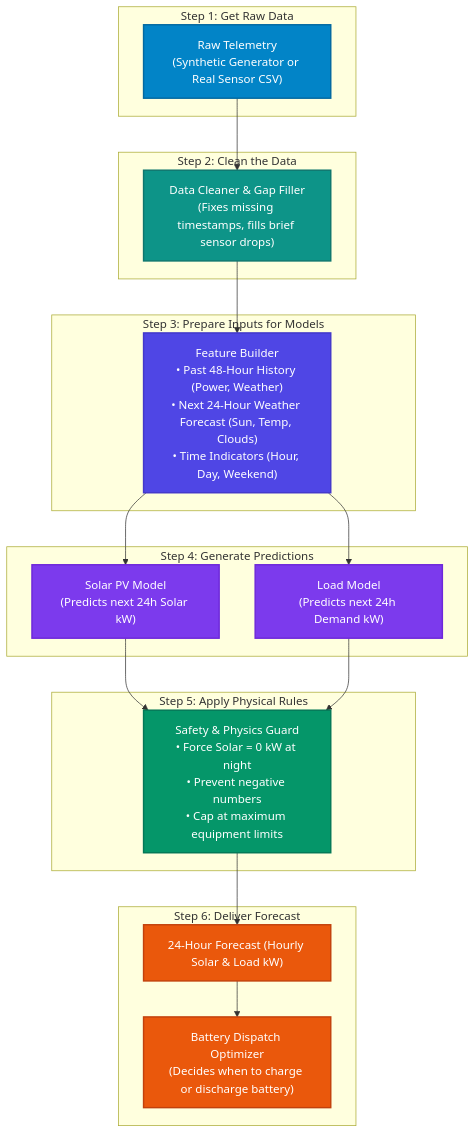
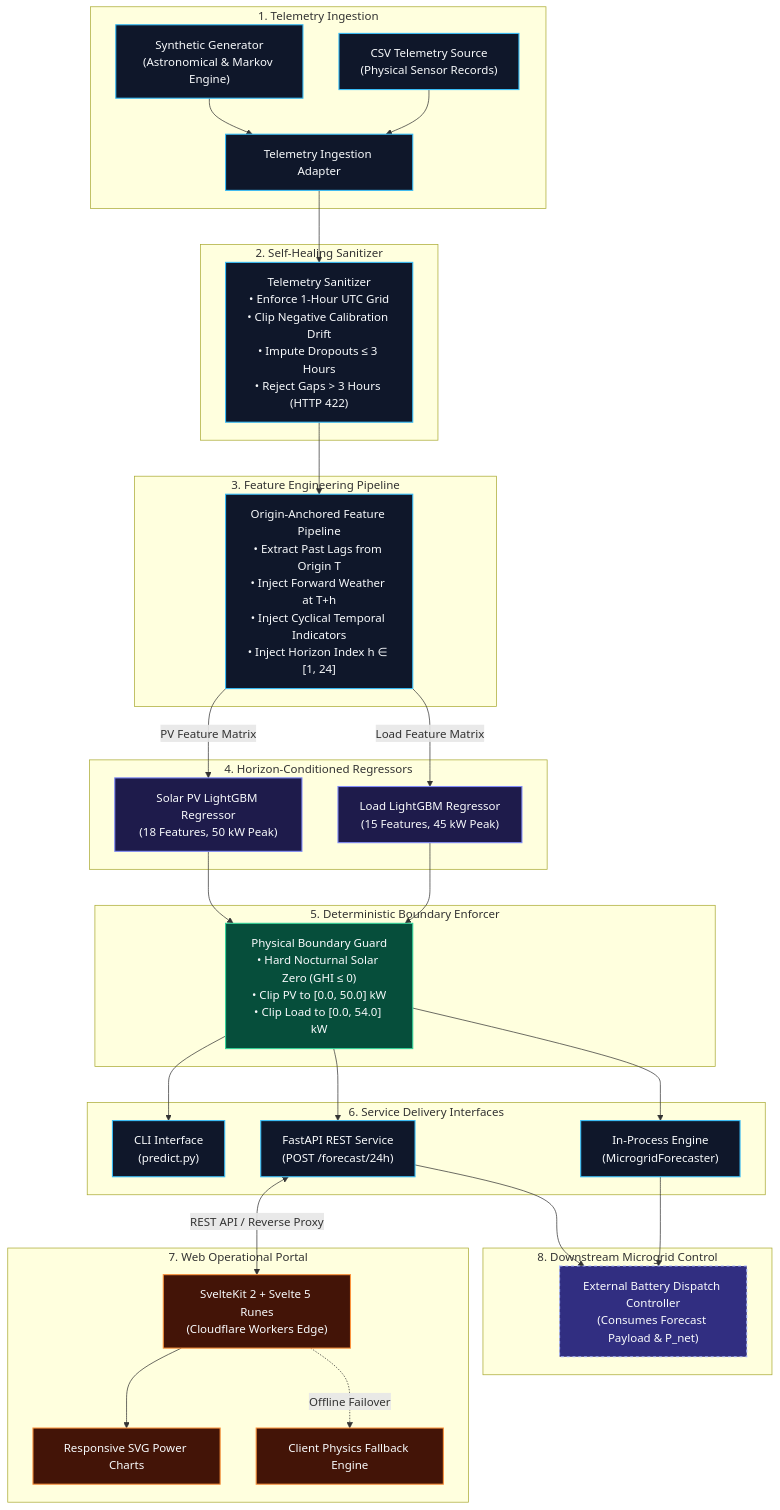
One commit to BhargavJadhav28/BE_Project changed the first of 6 diagrams in ARCHITECTURE.md. Above: the diagram before and after it, drawn with Mermaid. The commit also changed other lines of this file, not shown here.

Commit message:
update architecture

````diff
--- a/ARCHITECTURE.md
+++ b/ARCHITECTURE.md
@@ -11,52 +39,70 @@
 ```mermaid
 flowchart TD
-    %% Styling
-    classDef step1 fill:#0284c7,stroke:#0369a1,stroke-width:2px,color:#ffffff;
-    classDef step2 fill:#0d9488,stroke:#0f766e,stroke-width:2px,color:#ffffff;
-    classDef step3 fill:#4f46e5,stroke:#4338ca,stroke-width:2px,color:#ffffff;
-    classDef step4 fill:#7c3aed,stroke:#6d28d9,stroke-width:2px,color:#ffffff;
-    classDef step5 fill:#059669,stroke:#047857,stroke-width:2px,color:#ffffff;
-    classDef step6 fill:#ea580c,stroke:#c2410c,stroke-width:2px,color:#ffffff;
-
-    %% Step 1: Input
-    subgraph S1["Step 1: Get Raw Data"]
-        DATA["Raw Telemetry<br/>(Synthetic Generator or Real Sensor CSV)"]:::step1
+    subgraph S1["1. Telemetry Ingestion"]
+        SRC_SYN["Synthetic Generator<br/>(Astronomical & Markov Engine)"]
+        SRC_CSV["CSV Telemetry Source<br/>(Physical Sensor Records)"]
+        SRC_API["Telemetry Ingestion Adapter"]
+        SRC_SYN --> SRC_API
+        SRC_CSV --> SRC_API
     end
 
-    %% Step 2: Cleaning
-    subgraph S2["Step 2: Clean the Data"]
-        CLEAN["Data Cleaner & Gap Filler<br/>(Fixes missing timestamps, fills brief sensor drops)"]:::step2
+    subgraph S2["2. Self-Healing Sanitizer"]
+        SAN["Telemetry Sanitizer<br/>• Enforce 1-Hour UTC Grid<br/>• Clip Negative Calibration Drift<br/>• Impute Dropouts ≤ 3 Hours<br/>• Reject Gaps > 3 Hours (HTTP 422)"]
+        SRC_API --> SAN
     end
 
-    %% Step 3: Feature Prep
-    subgraph S3["Step 3: Prepare Inputs for Models"]
-        FEAT["Feature Builder<br/>• Past 48-Hour History (Power, Weather)<br/>• Next 24-Hour Weather Forecast (Sun, Temp, Clouds)<br/>• Time Indicators (Hour, Day, Weekend)"]:::step3
+    subgraph S3["3. Feature Engineering Pipeline"]
+        FEAT["Origin-Anchored Feature Pipeline<br/>• Extract Past Lags from Origin T<br/>• Inject Forward Weather at T+h<br/>• Inject Cyclical Temporal Indicators<br/>• Inject Horizon Index h ∈ [1, 24]"]
+        SAN --> FEAT
     end
 
-    %% Step 4: Prediction
-    subgraph S4["Step 4: Generate Predictions"]
-        PV_MODEL["Solar PV Model<br/>(Predicts next 24h Solar kW)"]:::step4
-        LOAD_MODEL["Load Model<br/>(Predicts next 24h Demand kW)"]:::step4
+    subgraph S4["4. Horizon-Conditioned Regressors"]
+        PV_REG["Solar PV LightGBM Regressor<br/>(18 Features, 50 kW Peak)"]
+        LOAD_REG["Load LightGBM Regressor<br/>(15 Features, 45 kW Peak)"]
+        FEAT -->|PV Feature Matrix| PV_REG
+        FEAT -->|Load Feature Matrix| LOAD_REG
     end
 
-    %% Step 5: Safety Rules
-    subgraph S5["Step 5: Apply Physical Rules"]
-        RULES["Safety & Physics Guard<br/>• Force Solar = 0 kW at night<br/>• Prevent negative numbers<br/>• Cap at maximum equipment limits"]:::step5
+    subgraph S5["5. Deterministic Boundary Enforcer"]
+        BOUND["Physical Boundary Guard<br/>• Hard Nocturnal Solar Zero (GHI ≤ 0)<br/>• Clip PV to [0.0, 50.0] kW<br/>• Clip Load to [0.0, 54.0] kW"]
+        PV_REG --> BOUND
+        LOAD_REG --> BOUND
     end
 
-    %% Step 6: Output
-    subgraph S6["Step 6: Deliver Forecast"]
-        OUT["24-Hour Forecast (Hourly Solar & Load kW)"]:::step6
-        BATTERY["Battery Dispatch Optimizer<br/>(Decides when to charge or discharge battery)"]:::step6
+    subgraph S6["6. Service Delivery Interfaces"]
+        CLI["CLI Interface<br/>(predict.py)"]
+        FASTAPI["FastAPI REST Service<br/>(POST /forecast/24h)"]
+        IN_PROC["In-Process Engine<br/>(MicrogridForecaster)"]
+        BOUND --> CLI
+        BOUND --> FASTAPI
+        BOUND --> IN_PROC
     end
 
-    %% Connections
-    DATA --> CLEAN
-    CLEAN --> FEAT
-    FEAT --> PV_MODEL
-    FEAT --> LOAD_MODEL
-    PV_MODEL --> RULES
-    LOAD_MODEL --> RULES
-    RULES --> OUT
-    OUT --> BATTERY
+    subgraph S7["7. Web Operational Portal"]
+        SVELTE["SvelteKit 2 + Svelte 5 Runes<br/>(Cloudflare Workers Edge)"]
+        CHART["Responsive SVG Power Charts"]
+        SIM_FALL["Client Physics Fallback Engine"]
+        FASTAPI <-->|REST API / Reverse Proxy| SVELTE
+        SVELTE --> CHART
+        SVELTE -.->|Offline Failover| SIM_FALL
+    end
+
+    subgraph S8["8. Downstream Microgrid Control"]
+        DISPATCH["External Battery Dispatch Controller<br/>(Consumes Forecast Payload & P_net)"]
+        FASTAPI --> DISPATCH
+        IN_PROC --> DISPATCH
+    end
+
+    %% Class Styles
+    classDef comp fill:#0f172a,stroke:#38bdf8,stroke-width:1.5px,color:#f8fafc;
+    classDef model fill:#1e1b4b,stroke:#818cf8,stroke-width:1.5px,color:#f8fafc;
+    classDef guard fill:#064e3b,stroke:#34d399,stroke-width:1.5px,color:#f8fafc;
+    classDef web fill:#431407,stroke:#fb923c,stroke-width:1.5px,color:#f8fafc;
+    classDef down fill:#312e81,stroke:#a5b4fc,stroke-width:1.5px,stroke-dasharray: 4 4,color:#f8fafc;
+
+    class SRC_SYN,SRC_CSV,SRC_API,SAN,FEAT,CLI,FASTAPI,IN_PROC comp;
+    class PV_REG,LOAD_REG model;
+    class BOUND guard;
+    class SVELTE,CHART,SIM_FALL web;
+    class DISPATCH down;
 ```
````
